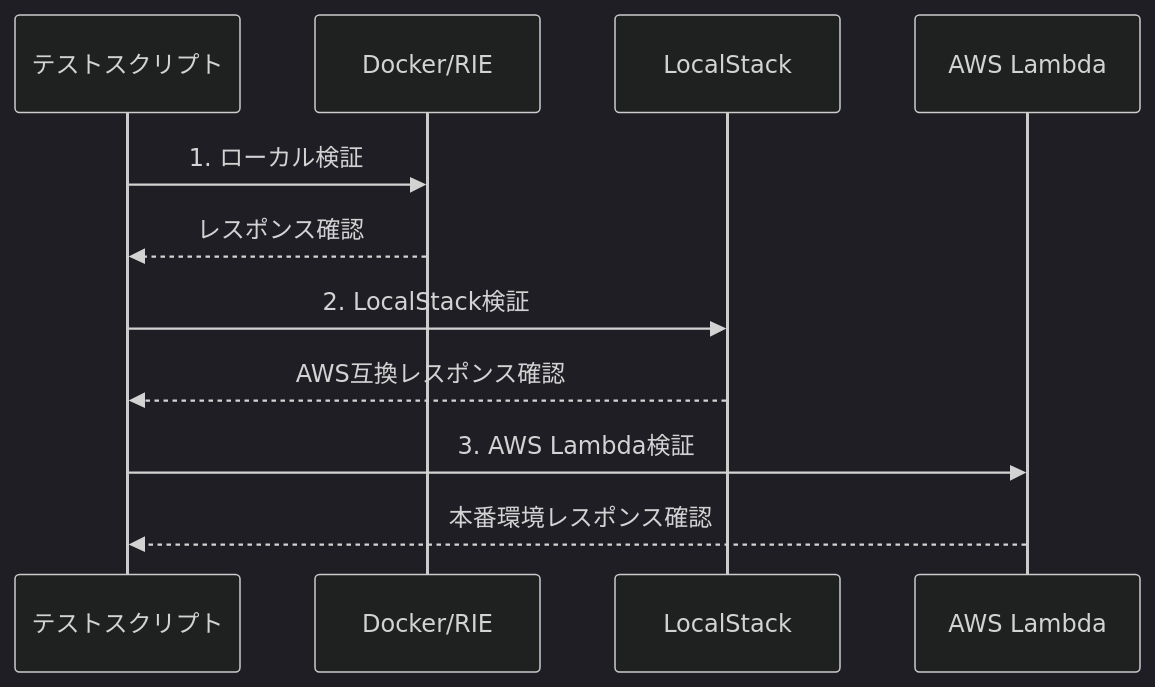
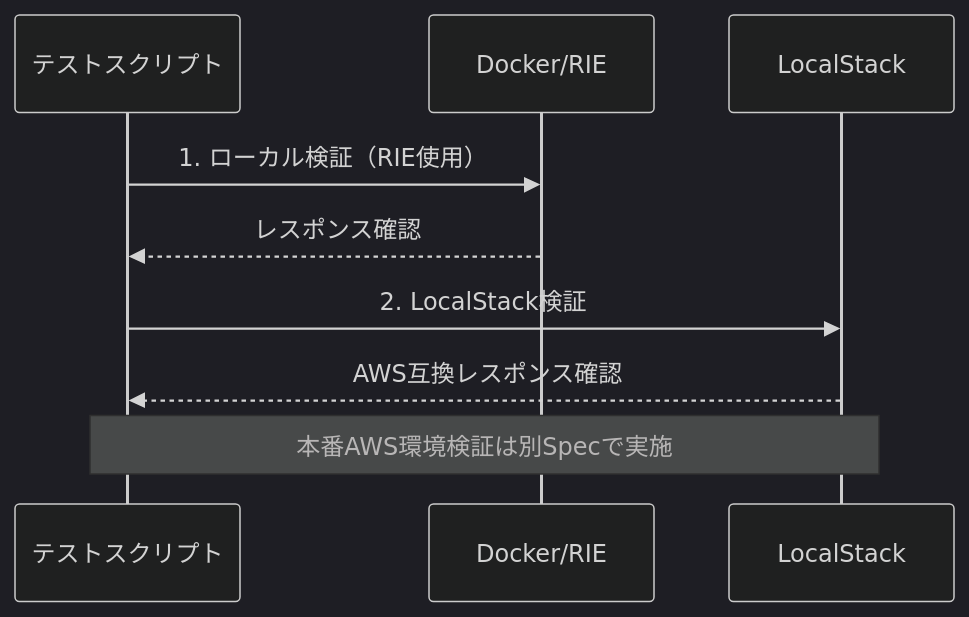
Before and after one commit to TORIFUKUKaiou/toukon_lambda: the second of 2 diagrams in .kiro/specs/lambda-verification/design.md, drawn with Mermaid (dark theme). The commit also changed other lines of this file and 2 other files, not shown here.

````diff
--- a/.kiro/specs/lambda-verification/design.md
+++ b/.kiro/specs/lambda-verification/design.md
@@ -41,16 +35,14 @@
 ```mermaid
 sequenceDiagram
     participant T as テストスクリプト
     participant D as Docker/RIE
     participant L as LocalStack
-    participant A as AWS Lambda
     
-    T->>D: 1. ローカル検証
+    T->>D: 1. ローカル検証（RIE使用）
     D-->>T: レスポンス確認
     
     T->>L: 2. LocalStack検証
     L-->>T: AWS互換レスポンス確認
     
-    T->>A: 3. AWS Lambda検証
-    A-->>T: 本番環境レスポンス確認
+    Note over T,L: 本番AWS環境検証は別Specで実施
 ```
````
